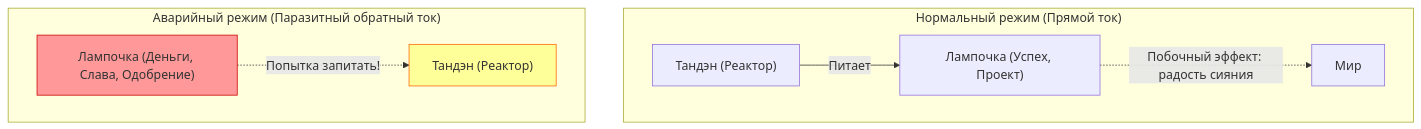
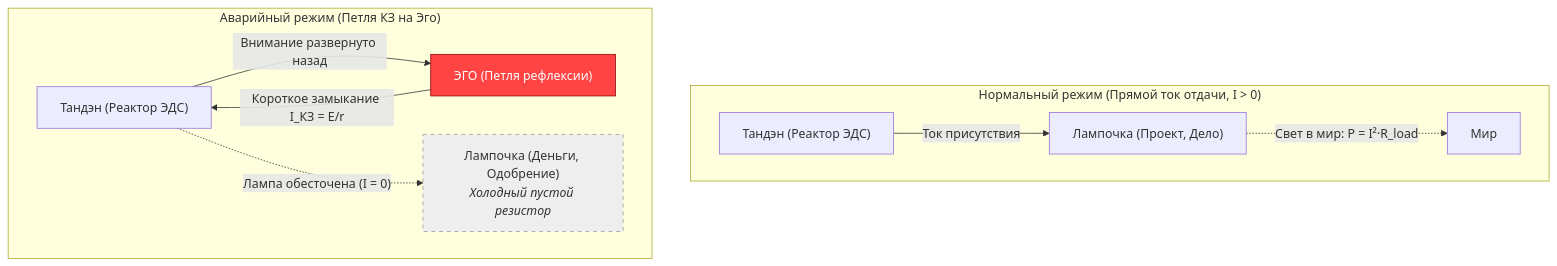
One commit to vsanyanov-ux/inner-current changed the third of 3 diagrams in wiki/01-core-topology.md. Above: the diagram before and after it, drawn with Mermaid. The commit also changed other lines of this file and 81 other files, not shown here.

Commit message:
feat(core): v1.4.0 - Zen architecture refactoring, pure physics engine, telemetry validation and domain registries

````diff
--- a/wiki/01-core-topology.md
+++ b/wiki/01-core-topology.md
@@ -94,13 +94,15 @@
 ```mermaid
-graph TD
-    subgraph ПравильнаяПолярность ["Нормальный режим (Прямой ток)"]
-        T1["Тандэн (Реактор)"] -->|"Питает"| L1["Лампочка (Успех, Проект)"]
-        L1 -.->|"Побочный эффект: радость сияния"| Env1["Мир"]
+flowchart TD
+    subgraph Норма ["Нормальный режим (Прямой ток отдачи, I > 0)"]
+        T1["Тандэн (Реактор ЭДС)"] -->|"Ток присутствия"| L1["Лампочка (Проект, Дело)"]
+        L1 -.->|"Свет в мир: P = I²·R_load"| Env1["Мир"]
     end
 
-    subgraph ОбратнаяПолярность ["Аварийный режим (Паразитный обратный ток)"]
-        L2["Лампочка (Деньги, Слава, Одобрение)"] -.->|"Попытка запитать!"| T2["Тандэн (Реактор)"]
-        style L2 fill:#ff9999,stroke:#cc0000
-        style T2 fill:#ffff99,stroke:#ff6600
+    subgraph Авария ["Аварийный режим (Петля КЗ на Эго)"]
+        T2["Тандэн (Реактор ЭДС)"] -->|"Внимание развернуто назад"| Ego2["ЭГО (Петля рефлексии)"]
+        Ego2 -->|"Короткое замыкание I_КЗ = E/r"| T2
+        T2 -. "Лампа обесточена (I = 0)" .-> L2["Лампочка (Деньги, Одобрение)<br/><i>Холодный пустой резистор</i>"]
+        style Ego2 fill:#ff4444,stroke:#880000,color:#ffffff
+        style L2 fill:#eeeeee,stroke:#999999,stroke-dasharray: 5 5
     end
 ```
````
